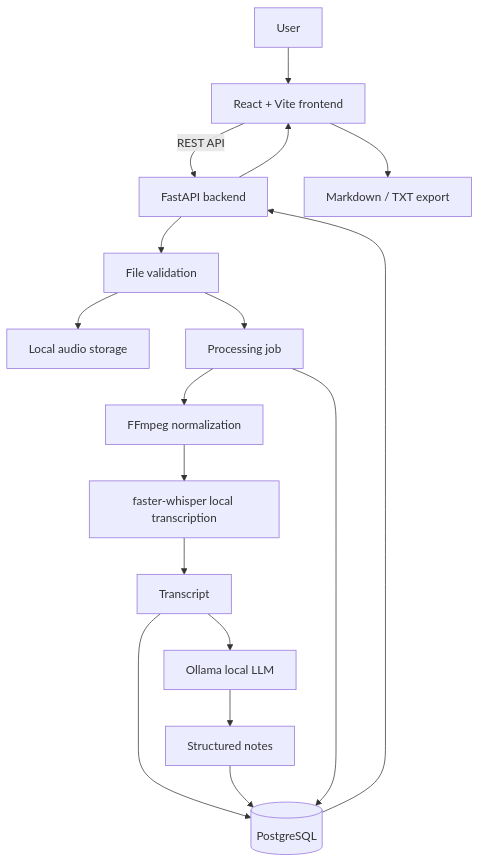
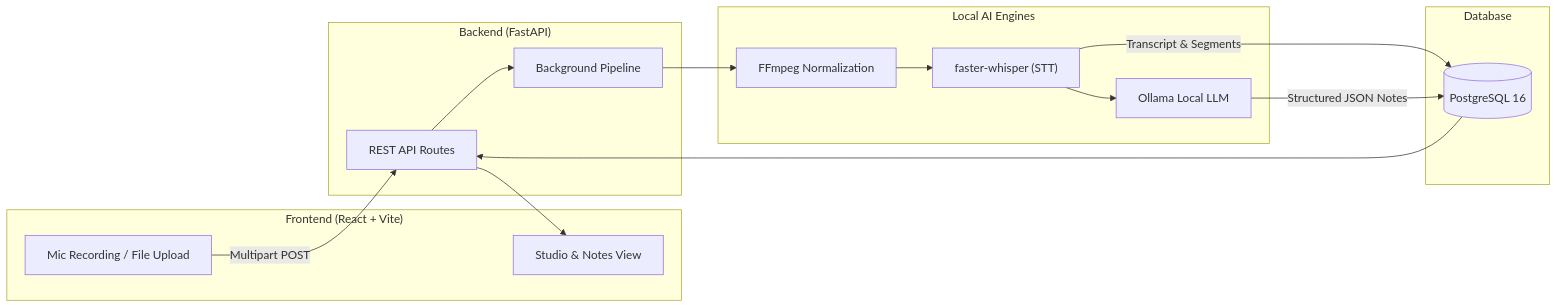
One commit to iitking/Voice-to-Notes changed the diagram in README.md. Above: the diagram before and after it, drawn with Mermaid. The commit also changed other lines of this file, not shown here.

````diff
--- a/README.md
+++ b/README.md
@@ -73,19 +41,32 @@
 ```mermaid
-flowchart TD
-    U[User] --> FE[React + Vite frontend]
-    FE -->|REST API| API[FastAPI backend]
-    API --> VAL[File validation]
-    VAL --> STORE[Local audio storage]
-    VAL --> JOB[Processing job]
-    JOB --> FF[FFmpeg normalization]
-    FF --> STT[faster-whisper local transcription]
-    STT --> TR[Transcript]
-    TR --> LLM[Ollama local LLM]
-    LLM --> NOTES[Structured notes]
-    TR --> DB[(PostgreSQL)]
-    NOTES --> DB
-    JOB --> DB
+flowchart LR
+    subgraph Frontend["Frontend (React + Vite)"]
+        REC["Mic Recording / File Upload"]
+        UI["Studio & Notes View"]
+    end
+
+    subgraph Backend["Backend (FastAPI)"]
+        API["REST API Routes"]
+        PIPE["Background Pipeline"]
+    end
+
+    subgraph Engines["Local AI Engines"]
+        FF["FFmpeg Normalization"]
+        FW["faster-whisper (STT)"]
+        OL["Ollama Local LLM"]
+    end
+
+    subgraph Database["Database"]
+        DB[(PostgreSQL 16)]
+    end
+
+    REC -->|Multipart POST| API
+    API --> PIPE
+    PIPE --> FF
+    FF --> FW
+    FW -->|Transcript & Segments| DB
+    FW --> OL
+    OL -->|Structured JSON Notes| DB
     DB --> API
-    API --> FE
-    FE --> EXP[Markdown / TXT export]
+    API --> UI
 ```
````
